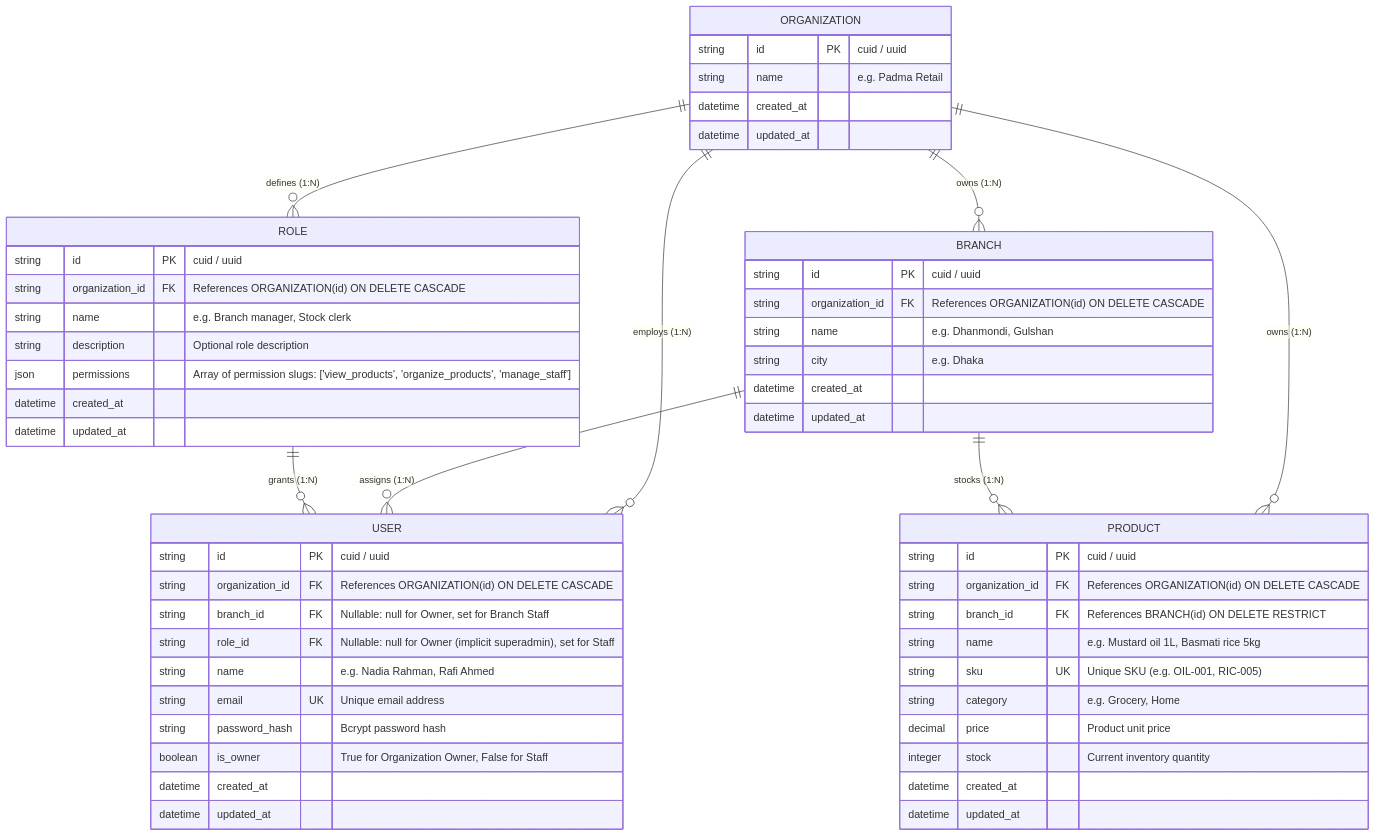
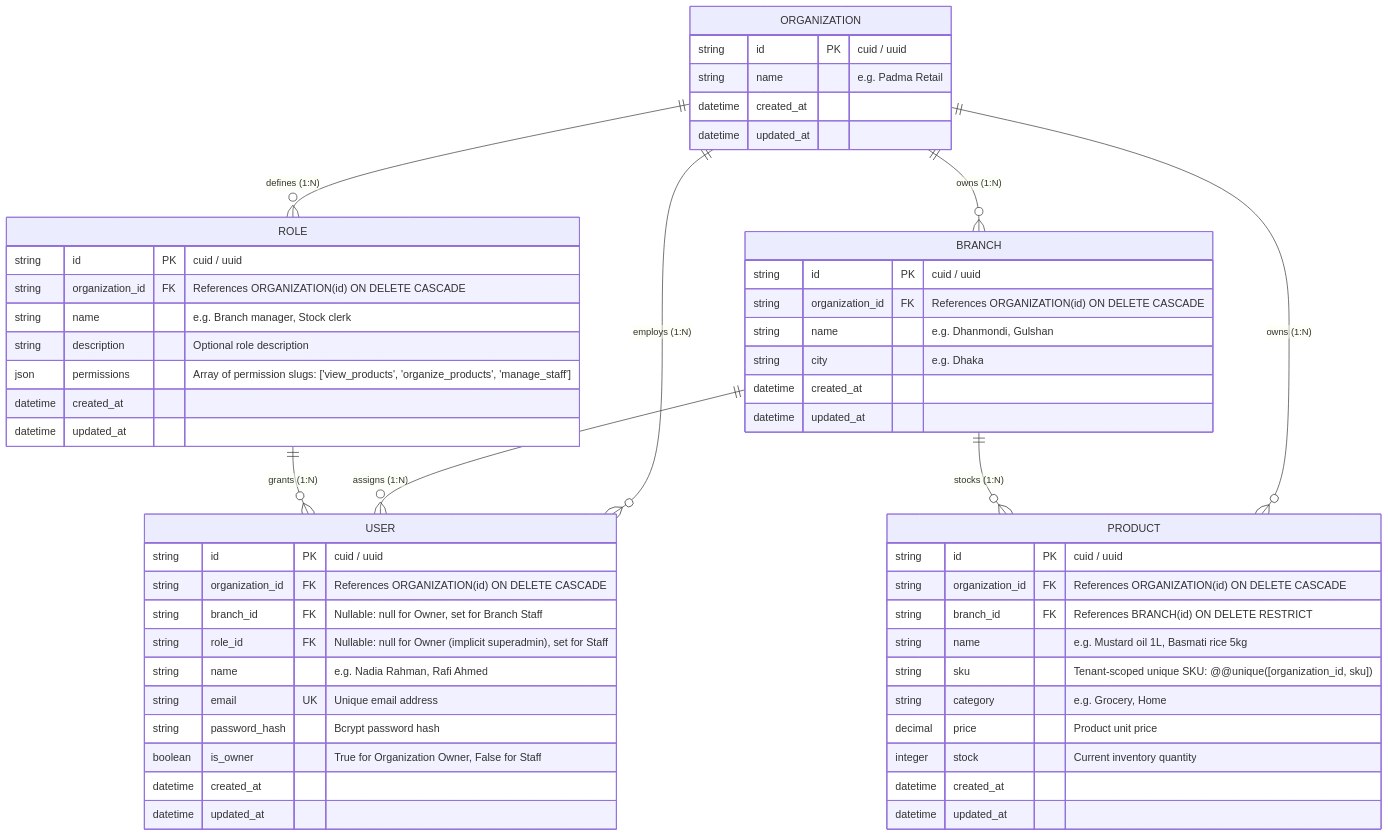
One commit to sheikhlimon/branchwork-backend changed the second of 2 diagrams in docs/architecture.md. Above: the diagram before and after it, drawn with Mermaid. The commit also changed other lines of this file, not shown here.

Commit message:
docs: update architecture documentation with security and scoping invariants

````diff
--- a/docs/architecture.md
+++ b/docs/architecture.md
@@ -28,62 +28,62 @@
 ```mermaid
 erDiagram
     ORGANIZATION ||--o{ BRANCH : "owns (1:N)"
     ORGANIZATION ||--o{ ROLE : "defines (1:N)"
     ORGANIZATION ||--o{ USER : "employs (1:N)"
     ORGANIZATION ||--o{ PRODUCT : "owns (1:N)"
     BRANCH ||--o{ USER : "assigns (1:N)"
     BRANCH ||--o{ PRODUCT : "stocks (1:N)"
     ROLE ||--o{ USER : "grants (1:N)"
 
     ORGANIZATION {
         string id PK "cuid / uuid"
         string name "e.g. Padma Retail"
         datetime created_at
         datetime updated_at
     }
 
     BRANCH {
         string id PK "cuid / uuid"
         string organization_id FK "References ORGANIZATION(id) ON DELETE CASCADE"
         string name "e.g. Dhanmondi, Gulshan"
         string city "e.g. Dhaka"
         datetime created_at
         datetime updated_at
     }
 
     ROLE {
         string id PK "cuid / uuid"
         string organization_id FK "References ORGANIZATION(id) ON DELETE CASCADE"
         string name "e.g. Branch manager, Stock clerk"
         string description "Optional role description"
         json permissions "Array of permission slugs: ['view_products', 'organize_products', 'manage_staff']"
         datetime created_at
         datetime updated_at
     }
 
     USER {
         string id PK "cuid / uuid"
         string organization_id FK "References ORGANIZATION(id) ON DELETE CASCADE"
         string branch_id FK "Nullable: null for Owner, set for Branch Staff"
         string role_id FK "Nullable: null for Owner (implicit superadmin), set for Staff"
         string name "e.g. Nadia Rahman, Rafi Ahmed"
         string email UK "Unique email address"
         string password_hash "Bcrypt password hash"
         boolean is_owner "True for Organization Owner, False for Staff"
         datetime created_at
         datetime updated_at
     }
 
     PRODUCT {
         string id PK "cuid / uuid"
         string organization_id FK "References ORGANIZATION(id) ON DELETE CASCADE"
         string branch_id FK "References BRANCH(id) ON DELETE RESTRICT"
         string name "e.g. Mustard oil 1L, Basmati rice 5kg"
-        string sku UK "Unique SKU (e.g. OIL-001, RIC-005)"
+        string sku "Tenant-scoped unique SKU: @@unique([organization_id, sku])"
         string category "e.g. Grocery, Home"
         decimal price "Product unit price"
         integer stock "Current inventory quantity"
         datetime created_at
         datetime updated_at
     }
 ```
````
